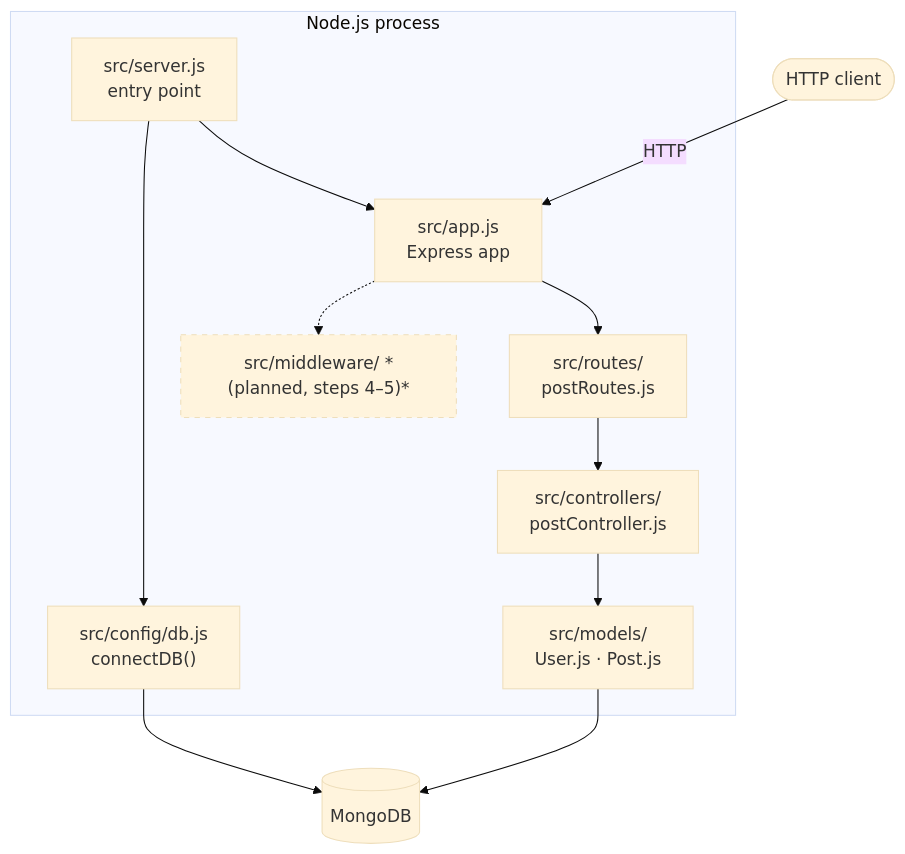
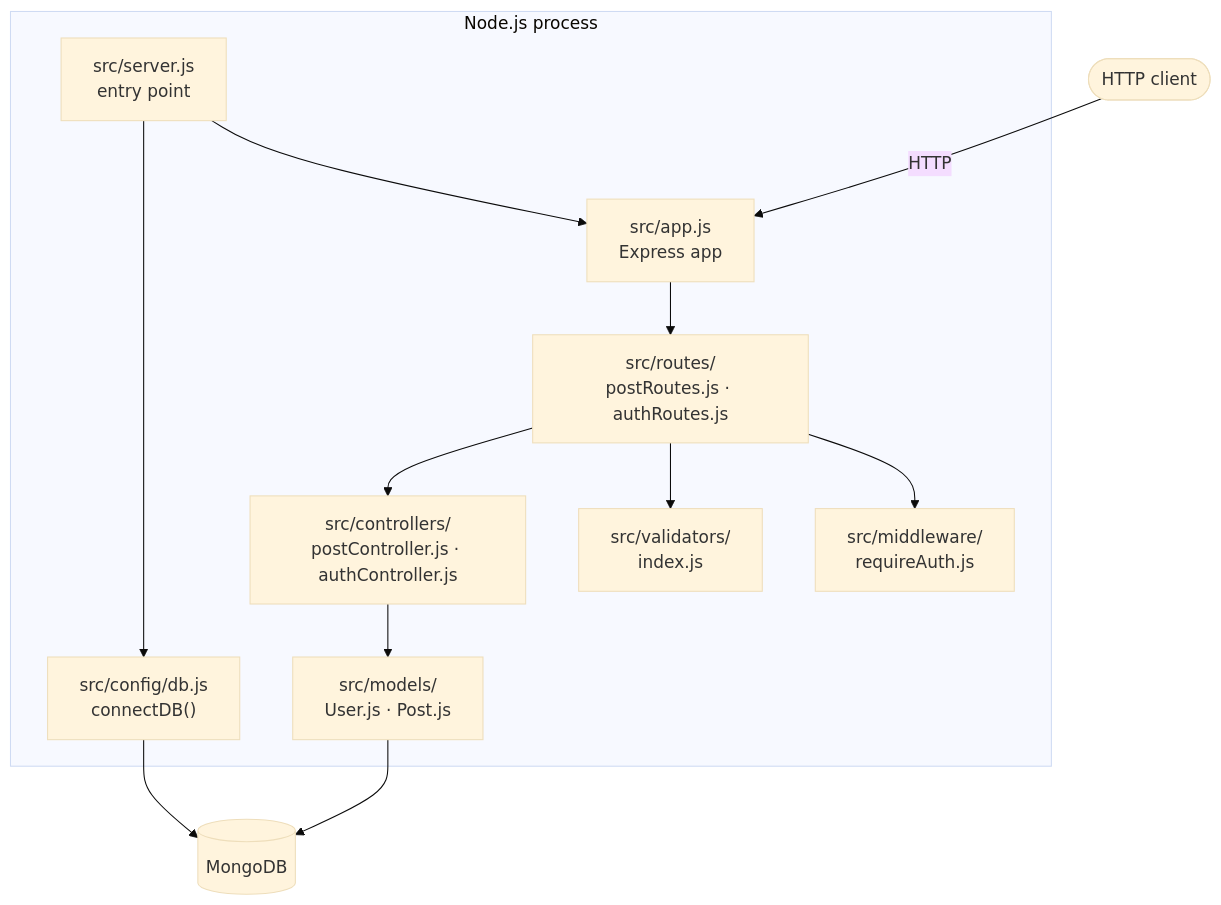
Before and after one commit to das77/nosql-db-backend: the first of 3 diagrams in docs/ARCHITECTURE.md, drawn with Mermaid (base theme). The commit also changed other lines of this file and 2 other files, not shown here.

````diff
--- a/docs/ARCHITECTURE.md
+++ b/docs/ARCHITECTURE.md
@@ -12,28 +12,28 @@
 ```mermaid
 flowchart TD
     client([HTTP client])
 
     subgraph node["Node.js process"]
         server["src/server.js<br/>entry point"]
         app["src/app.js<br/>Express app"]
         db["src/config/db.js<br/>connectDB()"]
         models["src/models/<br/>User.js · Post.js"]
-        routes["src/routes/<br/>postRoutes.js"]
-        controllers["src/controllers/<br/>postController.js"]
-        middleware["src/middleware/ *(planned, steps 4–5)*"]
+        routes["src/routes/<br/>postRoutes.js · authRoutes.js"]
+        controllers["src/controllers/<br/>postController.js · authController.js"]
+        middleware["src/middleware/<br/>requireAuth.js"]
+        validators["src/validators/<br/>index.js"]
     end
 
     mongo[(MongoDB)]
 
     client -->|HTTP| app
     server --> app
     server --> db
     db --> mongo
     models --> mongo
     app --> routes
+    routes --> middleware
+    routes --> validators
     routes --> controllers
     controllers --> models
-    app -.-> middleware
-
-    style middleware stroke-dasharray: 5 5
 ```
````
